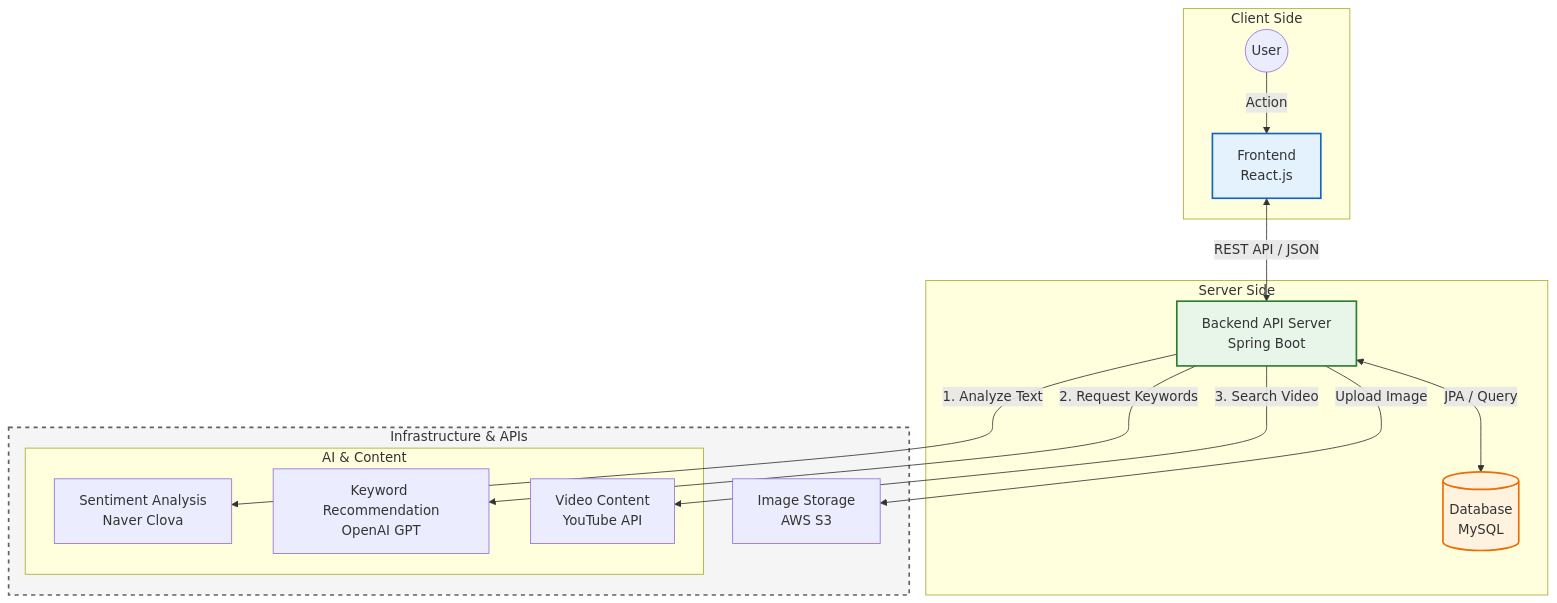
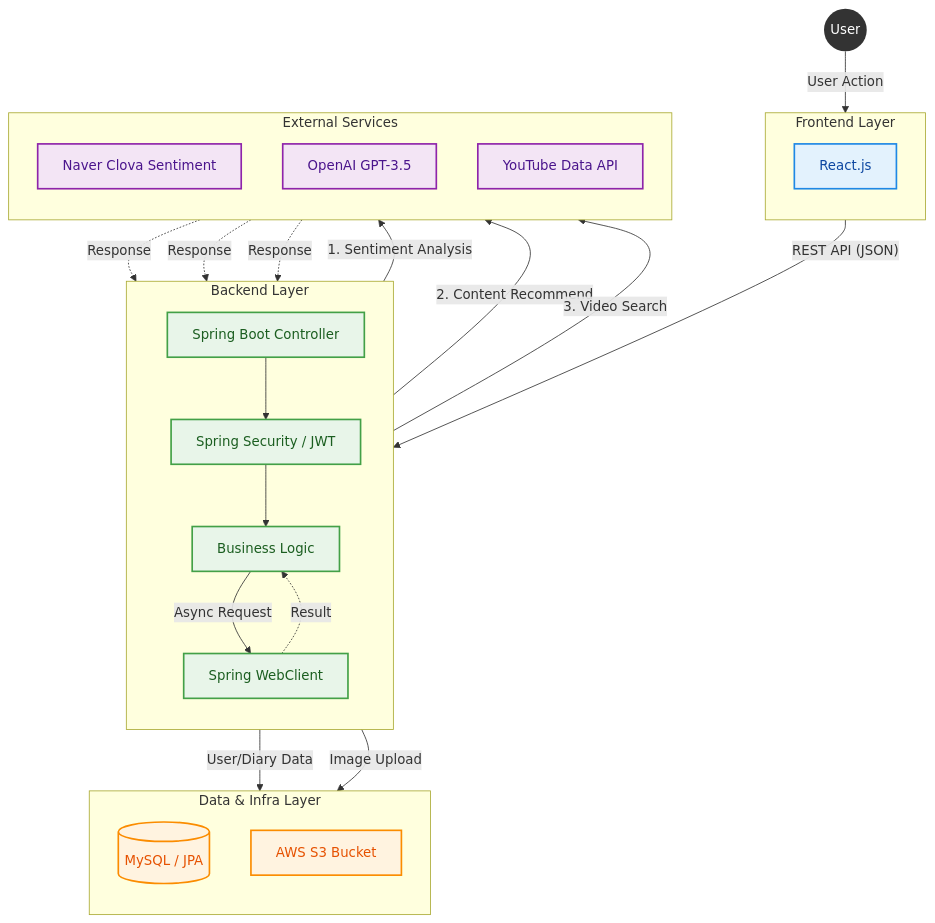
One commit to yss9/BlueMemories changed the diagram in README.md. Above: the diagram before and after it, drawn with Mermaid.

````diff
--- a/README.md
+++ b/README.md
@@ -23,42 +23,63 @@
 ```mermaid
 graph TD
-    %% 1. 사용자 & 프론트엔드
-    subgraph Client_Side [Client Side]
-        User((User))
-        Frontend[Frontend<br/>React.js]
+    %% --- 스타일 정의 (BlueMemories 테마: 블루 & 그린) ---
+    classDef frontend fill:#E3F2FD,stroke:#1E88E5,stroke-width:2px,color:#0D47A1;
+    classDef backend fill:#E8F5E9,stroke:#43A047,stroke-width:2px,color:#1B5E20;
+    classDef data fill:#FFF3E0,stroke:#FB8C00,stroke-width:2px,color:#E65100;
+    classDef external fill:#F3E5F5,stroke:#8E24AA,stroke-width:2px,color:#4A148C;
+    classDef user fill:#333,stroke:#333,stroke-width:0px,color:#fff;
+
+    %% --- 노드 정의 ---
+    User((User)):::user
+
+    subgraph Client [Frontend Layer]
+        direction TB
+        React[React.js]:::frontend
     end
 
-    %% 2. 백엔드 & 데이터베이스
-    subgraph Server_Side [Server Side]
-        Backend[Backend API Server<br/>Spring Boot]
-        DB[(Database<br/>MySQL)]
+    subgraph Server [Backend Layer]
+        direction TB
+        Controller[Spring Boot Controller]:::backend
+        Security[Spring Security / JWT]:::backend
+        Service[Business Logic]:::backend
+        WebClient[Spring WebClient]:::backend
     end
 
-    %% 3. 인프라 & 외부 API
-    subgraph Cloud_Infrastructure [Infrastructure & APIs]
-        S3[Image Storage<br/>AWS S3]
-        
-        subgraph AI_Services [AI & Content]
-            Naver[Sentiment Analysis<br/>Naver Clova]
-            GPT[Keyword Recommendation<br/>OpenAI GPT]
-            YouTube[Video Content<br/>YouTube API]
-        end
+    subgraph Infrastructure [Data & Infra Layer]
+        direction TB
+        MySQL[(MySQL / JPA)]:::data
+        S3[AWS S3 Bucket]:::data
     end
 
-    %% --- 연결선 (데이터 흐름) ---
-    User -->|Action| Frontend
-    Frontend <-->|REST API / JSON| Backend
-    Backend <-->|JPA / Query| DB
+    subgraph External_API [External Services]
+        direction TB
+        Naver[Naver Clova Sentiment]:::external
+        OpenAI[OpenAI GPT-3.5]:::external
+        YouTube[YouTube Data API]:::external
+    end
 
-    %% 외부 연동
-    Backend -->|Upload Image| S3
-    Backend -->|1. Analyze Text| Naver
-    Backend -->|2. Request Keywords| GPT
-    Backend -->|3. Search Video| YouTube
+    %% --- 연결 관계 ---
+    %% 1. 유저 -> 프론트
+    User -->|User Action| React
 
-    %% 깔끔한 스타일링
-    style Frontend fill:#E3F2FD,stroke:#1565C0,stroke-width:2px
-    style Backend fill:#E8F5E9,stroke:#2E7D32,stroke-width:2px
-    style DB fill:#FFF3E0,stroke:#EF6C00,stroke-width:2px
-    style Cloud_Infrastructure fill:#F5F5F5,stroke:#616161,stroke-width:2px,stroke-dasharray: 5 5
+    %% 2. 프론트 -> 백엔드
+    React -- "REST API (JSON)" --> Controller
+
+    %% 3. 백엔드 내부 흐름
+    Controller --> Security
+    Security --> Service
+    
+    %% 4. 백엔드 -> 데이터/인프라
+    Service -- "User/Diary Data" --> MySQL
+    Service -- "Image Upload" --> S3
+
+    %% 5. 백엔드 -> 외부 API (핵심 기능)
+    Service -- "Async Request" --> WebClient
+    WebClient -- "1. Sentiment Analysis" --> Naver
+    WebClient -- "2. Content Recommend" --> OpenAI
+    WebClient -- "3. Video Search" --> YouTube
+
+    %% 6. 데이터 반환
+    Naver & OpenAI & YouTube -.->|Response| WebClient
+    WebClient -.->|Result| Service
 ```
````
